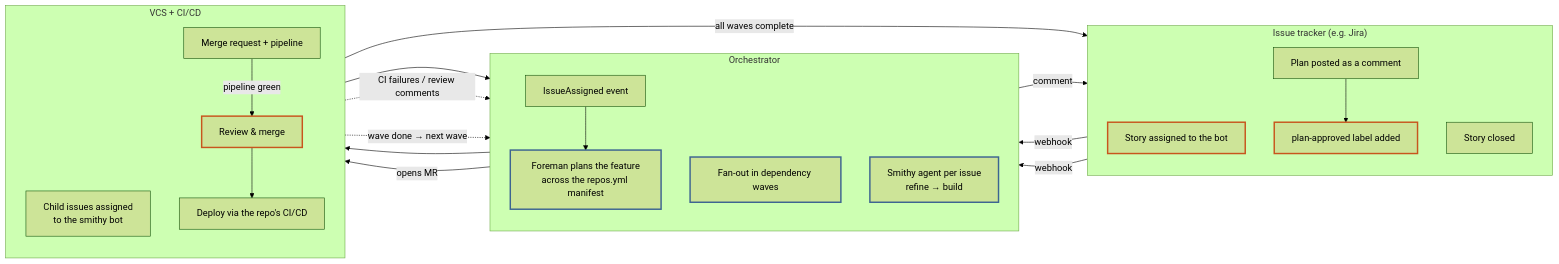
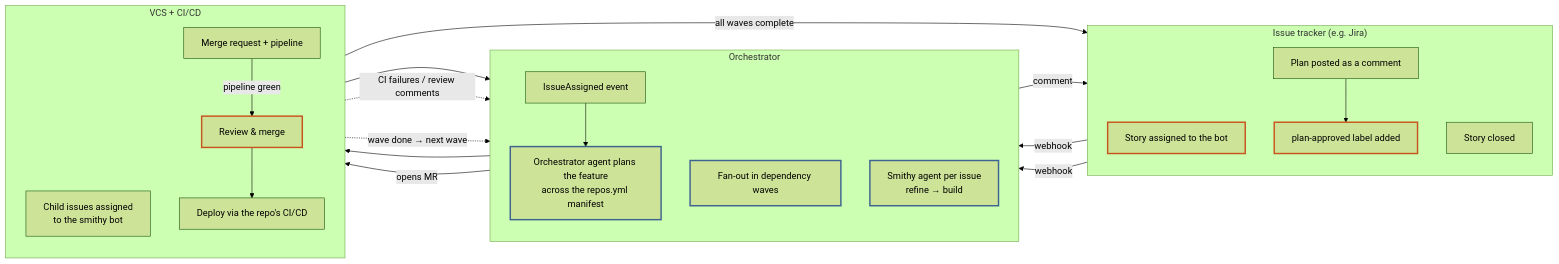
The diagram in README.md (smithy-ai/smithy-ai), drawn with Mermaid (forest theme) before and after one commit. The commit also changed other lines of this file and 3 other files, not shown here.

First line of the commit message:
Rename the foreman to Orchestrator in user-facing surfaces

````diff
--- a/README.md
+++ b/README.md
@@ -41,34 +41,34 @@
 ```mermaid
 flowchart LR
   subgraph TRACKER["Issue tracker (e.g. Jira)"]
     direction TB
     A["Story assigned to the bot"]
     D["Plan posted as a comment"]
     E["plan-approved label added"]
     L["Story closed"]
   end
   subgraph ORCH["Orchestrator"]
     direction TB
     B["IssueAssigned event"]
-    C["Foreman plans the feature<br/>across the repos.yml manifest"]
+    C["Orchestrator agent plans the feature<br/>across the repos.yml manifest"]
     F["Fan-out in dependency waves"]
     H["Smithy agent per issue<br/>refine → build"]
   end
   subgraph VCS["VCS + CI/CD"]
     direction TB
     G["Child issues assigned<br/>to the smithy bot"]
     I["Merge request + pipeline"]
     J["Review &amp; merge"]
     K["Deploy via the repo's CI/CD"]
   end
   A -- webhook --> B --> C -- comment --> D --> E -- webhook --> F --> G --> H -- opens MR --> I
   I -. CI failures / review comments .-> H
   I -- pipeline green --> J --> K
   J -. wave done → next wave .-> F
   K -- all waves complete --> L
 
   classDef human stroke:#c8551d,stroke-width:2.5px;
   classDef agent stroke:#3d6491,stroke-width:2.5px;
   class A,E,J human;
   class C,F,H agent;
 ```
````
